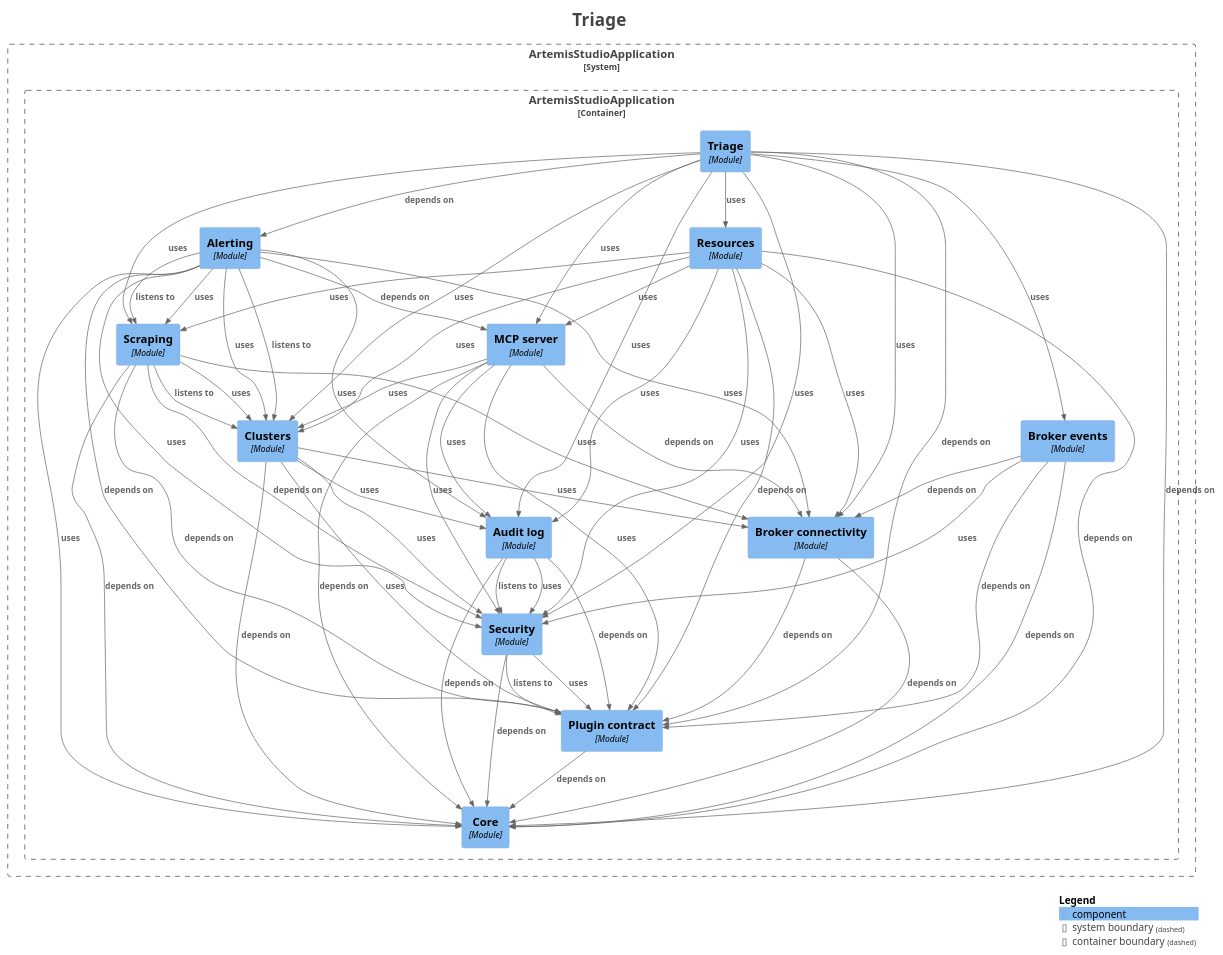
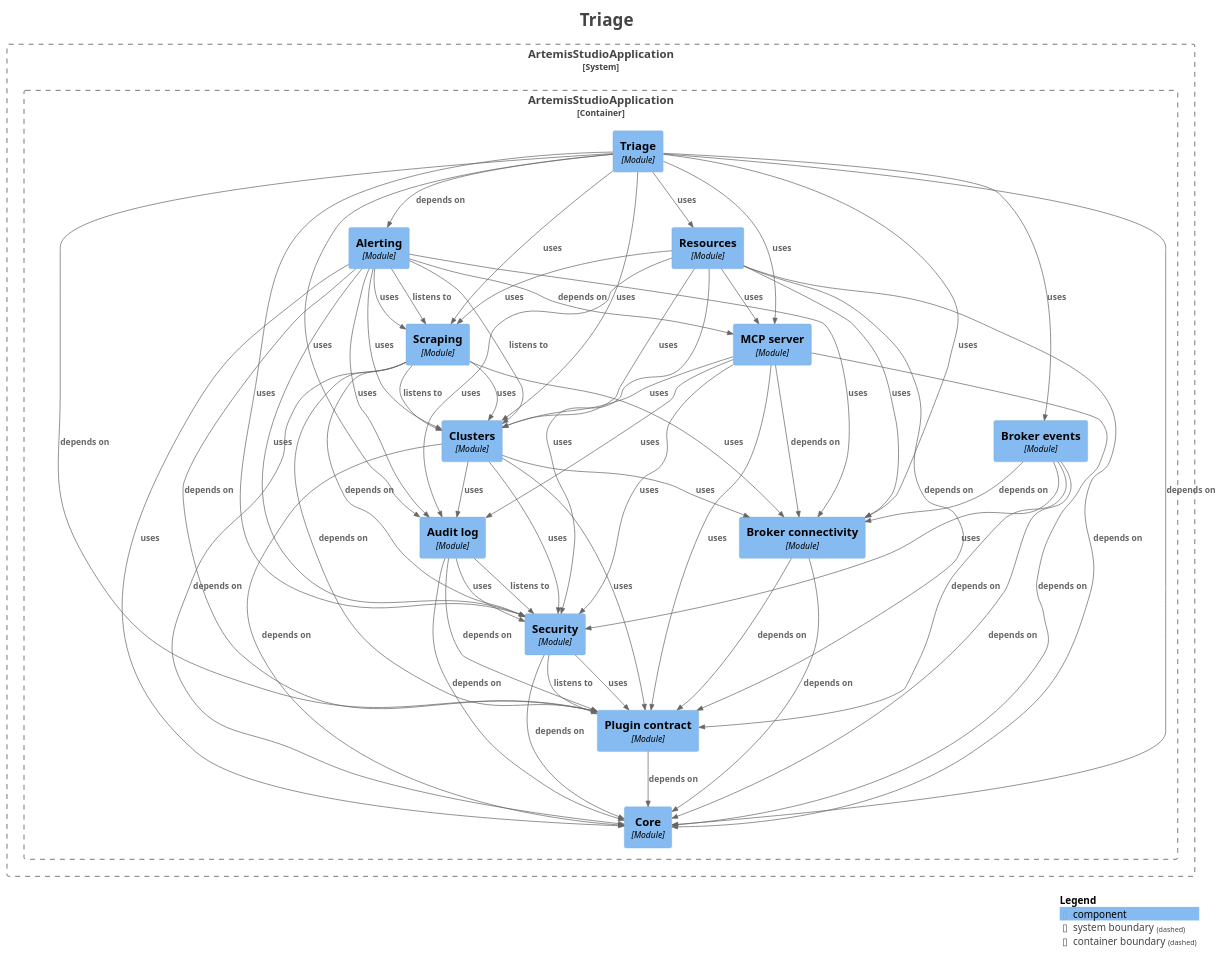
Before and after one commit to sudoitir/artemis-studio: the diagram in docs/modules/module-feature.triage.puml, drawn with PlantUML. The commit also changed other lines of this file and 33 other files, not shown here.

First line of the commit message:
test(architecture): sort module diagram components so diagrams change only with the graph

```diff
--- a/docs/modules/module-feature.triage.puml
+++ b/docs/modules/module-feature.triage.puml
@@ -1,99 +1,99 @@
 @startuml
 title <size:24>Triage</size>
 
 set separator none
 top to bottom direction
 
 <style>
   root {
     BackgroundColor: #ffffff
     FontColor: #444444
   }
 </style>
 
 !include <C4/C4>
 !include <C4/C4_Context>
 !include <C4/C4_Component>
 
 System_Boundary("ArtemisStudioApplication_boundary", "ArtemisStudioApplication", $tags="") {
   Container_Boundary("ArtemisStudioApplication.ArtemisStudioApplication_boundary", "ArtemisStudioApplication", $tags="") {
+    Component(ArtemisStudioApplication.ArtemisStudioApplication.Alerting, "Alerting", $techn="Module", $descr="", $tags="", $link="")
+    Component(ArtemisStudioApplication.ArtemisStudioApplication.Auditlog, "Audit log", $techn="Module", $descr="", $tags="", $link="")
     Component(ArtemisStudioApplication.ArtemisStudioApplication.Brokerconnectivity, "Broker connectivity", $techn="Module", $descr="", $tags="", $link="")
+    Component(ArtemisStudioApplication.ArtemisStudioApplication.Brokerevents, "Broker events", $techn="Module", $descr="", $tags="", $link="")
     Component(ArtemisStudioApplication.ArtemisStudioApplication.Clusters, "Clusters", $techn="Module", $descr="", $tags="", $link="")
-    Component(ArtemisStudioApplication.ArtemisStudioApplication.Brokerevents, "Broker events", $techn="Module", $descr="", $tags="", $link="")
+    Component(ArtemisStudioApplication.ArtemisStudioApplication.Core, "Core", $techn="Module", $descr="", $tags="", $link="")
     Component(ArtemisStudioApplication.ArtemisStudioApplication.MCPserver, "MCP server", $techn="Module", $descr="", $tags="", $link="")
+    Component(ArtemisStudioApplication.ArtemisStudioApplication.Plugincontract, "Plugin contract", $techn="Module", $descr="", $tags="", $link="")
+    Component(ArtemisStudioApplication.ArtemisStudioApplication.Resources, "Resources", $techn="Module", $descr="", $tags="", $link="")
     Component(ArtemisStudioApplication.ArtemisStudioApplication.Scraping, "Scraping", $techn="Module", $descr="", $tags="", $link="")
-    Component(ArtemisStudioApplication.ArtemisStudioApplication.Alerting, "Alerting", $techn="Module", $descr="", $tags="", $link="")
-    Component(ArtemisStudioApplication.ArtemisStudioApplication.Resources, "Resources", $techn="Module", $descr="", $tags="", $link="")
-    Component(ArtemisStudioApplication.ArtemisStudioApplication.Core, "Core", $techn="Module", $descr="", $tags="", $link="")
+    Component(ArtemisStudioApplication.ArtemisStudioApplication.Security, "Security", $techn="Module", $descr="", $tags="", $link="")
     Component(ArtemisStudioApplication.ArtemisStudioApplication.Triage, "Triage", $techn="Module", $descr="", $tags="", $link="")
-    Component(ArtemisStudioApplication.ArtemisStudioApplication.Plugincontract, "Plugin contract", $techn="Module", $descr="", $tags="", $link="")
-    Component(ArtemisStudioApplication.ArtemisStudioApplication.Security, "Security", $techn="Module", $descr="", $tags="", $link="")
-    Component(ArtemisStudioApplication.ArtemisStudioApplication.Auditlog, "Audit log", $techn="Module", $descr="", $tags="", $link="")
   }
 
 }
 
 Rel(ArtemisStudioApplication.ArtemisStudioApplication.Alerting, ArtemisStudioApplication.ArtemisStudioApplication.Auditlog, "uses", $techn="", $tags="", $link="")
 Rel(ArtemisStudioApplication.ArtemisStudioApplication.Alerting, ArtemisStudioApplication.ArtemisStudioApplication.Brokerconnectivity, "uses", $techn="", $tags="", $link="")
 Rel(ArtemisStudioApplication.ArtemisStudioApplication.Alerting, ArtemisStudioApplication.ArtemisStudioApplication.Clusters, "listens to", $techn="", $tags="", $link="")
 Rel(ArtemisStudioApplication.ArtemisStudioApplication.Alerting, ArtemisStudioApplication.ArtemisStudioApplication.Clusters, "uses", $techn="", $tags="", $link="")
 Rel(ArtemisStudioApplication.ArtemisStudioApplication.Alerting, ArtemisStudioApplication.ArtemisStudioApplication.Core, "uses", $techn="", $tags="", $link="")
 Rel(ArtemisStudioApplication.ArtemisStudioApplication.Alerting, ArtemisStudioApplication.ArtemisStudioApplication.MCPserver, "depends on", $techn="", $tags="", $link="")
 Rel(ArtemisStudioApplication.ArtemisStudioApplication.Alerting, ArtemisStudioApplication.ArtemisStudioApplication.Plugincontract, "depends on", $techn="", $tags="", $link="")
 Rel(ArtemisStudioApplication.ArtemisStudioApplication.Alerting, ArtemisStudioApplication.ArtemisStudioApplication.Scraping, "listens to", $techn="", $tags="", $link="")
 Rel(ArtemisStudioApplication.ArtemisStudioApplication.Alerting, ArtemisStudioApplication.ArtemisStudioApplication.Scraping, "uses", $techn="", $tags="", $link="")
 Rel(ArtemisStudioApplication.ArtemisStudioApplication.Alerting, ArtemisStudioApplication.ArtemisStudioApplication.Security, "uses", $techn="", $tags="", $link="")
 Rel(ArtemisStudioApplication.ArtemisStudioApplication.Auditlog, ArtemisStudioApplication.ArtemisStudioApplication.Core, "depends on", $techn="", $tags="", $link="")
 Rel(ArtemisStudioApplication.ArtemisStudioApplication.Auditlog, ArtemisStudioApplication.ArtemisStudioApplication.Plugincontract, "depends on", $techn="", $tags="", $link="")
 Rel(ArtemisStudioApplication.ArtemisStudioApplication.Auditlog, ArtemisStudioApplication.ArtemisStudioApplication.Security, "listens to", $techn="", $tags="", $link="")
 Rel(ArtemisStudioApplication.ArtemisStudioApplication.Auditlog, ArtemisStudioApplication.ArtemisStudioApplication.Security, "uses", $techn="", $tags="", $link="")
 Rel(ArtemisStudioApplication.ArtemisStudioApplication.Brokerconnectivity, ArtemisStudioApplication.ArtemisStudioApplication.Core, "depends on", $techn="", $tags="", $link="")
 Rel(ArtemisStudioApplication.ArtemisStudioApplication.Brokerconnectivity, ArtemisStudioApplication.ArtemisStudioApplication.Plugincontract, "depends on", $techn="", $tags="", $link="")
 Rel(ArtemisStudioApplication.ArtemisStudioApplication.Brokerevents, ArtemisStudioApplication.ArtemisStudioApplication.Brokerconnectivity, "depends on", $techn="", $tags="", $link="")
 Rel(ArtemisStudioApplication.ArtemisStudioApplication.Brokerevents, ArtemisStudioApplication.ArtemisStudioApplication.Core, "depends on", $techn="", $tags="", $link="")
 Rel(ArtemisStudioApplication.ArtemisStudioApplication.Brokerevents, ArtemisStudioApplication.ArtemisStudioApplication.Plugincontract, "depends on", $techn="", $tags="", $link="")
 Rel(ArtemisStudioApplication.ArtemisStudioApplication.Brokerevents, ArtemisStudioApplication.ArtemisStudioApplication.Security, "uses", $techn="", $tags="", $link="")
 Rel(ArtemisStudioApplication.ArtemisStudioApplication.Clusters, ArtemisStudioApplication.ArtemisStudioApplication.Auditlog, "uses", $techn="", $tags="", $link="")
 Rel(ArtemisStudioApplication.ArtemisStudioApplication.Clusters, ArtemisStudioApplication.ArtemisStudioApplication.Brokerconnectivity, "uses", $techn="", $tags="", $link="")
 Rel(ArtemisStudioApplication.ArtemisStudioApplication.Clusters, ArtemisStudioApplication.ArtemisStudioApplication.Core, "depends on", $techn="", $tags="", $link="")
 Rel(ArtemisStudioApplication.ArtemisStudioApplication.Clusters, ArtemisStudioApplication.ArtemisStudioApplication.Plugincontract, "uses", $techn="", $tags="", $link="")
 Rel(ArtemisStudioApplication.ArtemisStudioApplication.Clusters, ArtemisStudioApplication.ArtemisStudioApplication.Security, "uses", $techn="", $tags="", $link="")
 Rel(ArtemisStudioApplication.ArtemisStudioApplication.MCPserver, ArtemisStudioApplication.ArtemisStudioApplication.Auditlog, "uses", $techn="", $tags="", $link="")
 Rel(ArtemisStudioApplication.ArtemisStudioApplication.MCPserver, ArtemisStudioApplication.ArtemisStudioApplication.Brokerconnectivity, "depends on", $techn="", $tags="", $link="")
 Rel(ArtemisStudioApplication.ArtemisStudioApplication.MCPserver, ArtemisStudioApplication.ArtemisStudioApplication.Clusters, "uses", $techn="", $tags="", $link="")
 Rel(ArtemisStudioApplication.ArtemisStudioApplication.MCPserver, ArtemisStudioApplication.ArtemisStudioApplication.Core, "depends on", $techn="", $tags="", $link="")
 Rel(ArtemisStudioApplication.ArtemisStudioApplication.MCPserver, ArtemisStudioApplication.ArtemisStudioApplication.Plugincontract, "uses", $techn="", $tags="", $link="")
 Rel(ArtemisStudioApplication.ArtemisStudioApplication.MCPserver, ArtemisStudioApplication.ArtemisStudioApplication.Security, "uses", $techn="", $tags="", $link="")
 Rel(ArtemisStudioApplication.ArtemisStudioApplication.Plugincontract, ArtemisStudioApplication.ArtemisStudioApplication.Core, "depends on", $techn="", $tags="", $link="")
 Rel(ArtemisStudioApplication.ArtemisStudioApplication.Resources, ArtemisStudioApplication.ArtemisStudioApplication.Auditlog, "uses", $techn="", $tags="", $link="")
 Rel(ArtemisStudioApplication.ArtemisStudioApplication.Resources, ArtemisStudioApplication.ArtemisStudioApplication.Brokerconnectivity, "uses", $techn="", $tags="", $link="")
 Rel(ArtemisStudioApplication.ArtemisStudioApplication.Resources, ArtemisStudioApplication.ArtemisStudioApplication.Clusters, "uses", $techn="", $tags="", $link="")
 Rel(ArtemisStudioApplication.ArtemisStudioApplication.Resources, ArtemisStudioApplication.ArtemisStudioApplication.Core, "depends on", $techn="", $tags="", $link="")
 Rel(ArtemisStudioApplication.ArtemisStudioApplication.Resources, ArtemisStudioApplication.ArtemisStudioApplication.MCPserver, "uses", $techn="", $tags="", $link="")
 Rel(ArtemisStudioApplication.ArtemisStudioApplication.Resources, ArtemisStudioApplication.ArtemisStudioApplication.Plugincontract, "depends on", $techn="", $tags="", $link="")
 Rel(ArtemisStudioApplication.ArtemisStudioApplication.Resources, ArtemisStudioApplication.ArtemisStudioApplication.Scraping, "uses", $techn="", $tags="", $link="")
 Rel(ArtemisStudioApplication.ArtemisStudioApplication.Resources, ArtemisStudioApplication.ArtemisStudioApplication.Security, "uses", $techn="", $tags="", $link="")
 Rel(ArtemisStudioApplication.ArtemisStudioApplication.Scraping, ArtemisStudioApplication.ArtemisStudioApplication.Brokerconnectivity, "uses", $techn="", $tags="", $link="")
 Rel(ArtemisStudioApplication.ArtemisStudioApplication.Scraping, ArtemisStudioApplication.ArtemisStudioApplication.Clusters, "listens to", $techn="", $tags="", $link="")
 Rel(ArtemisStudioApplication.ArtemisStudioApplication.Scraping, ArtemisStudioApplication.ArtemisStudioApplication.Clusters, "uses", $techn="", $tags="", $link="")
 Rel(ArtemisStudioApplication.ArtemisStudioApplication.Scraping, ArtemisStudioApplication.ArtemisStudioApplication.Core, "depends on", $techn="", $tags="", $link="")
 Rel(ArtemisStudioApplication.ArtemisStudioApplication.Scraping, ArtemisStudioApplication.ArtemisStudioApplication.Plugincontract, "depends on", $techn="", $tags="", $link="")
 Rel(ArtemisStudioApplication.ArtemisStudioApplication.Scraping, ArtemisStudioApplication.ArtemisStudioApplication.Security, "depends on", $techn="", $tags="", $link="")
 Rel(ArtemisStudioApplication.ArtemisStudioApplication.Security, ArtemisStudioApplication.ArtemisStudioApplication.Core, "depends on", $techn="", $tags="", $link="")
 Rel(ArtemisStudioApplication.ArtemisStudioApplication.Security, ArtemisStudioApplication.ArtemisStudioApplication.Plugincontract, "listens to", $techn="", $tags="", $link="")
 Rel(ArtemisStudioApplication.ArtemisStudioApplication.Security, ArtemisStudioApplication.ArtemisStudioApplication.Plugincontract, "uses", $techn="", $tags="", $link="")
 Rel(ArtemisStudioApplication.ArtemisStudioApplication.Triage, ArtemisStudioApplication.ArtemisStudioApplication.Alerting, "depends on", $techn="", $tags="", $link="")
 Rel(ArtemisStudioApplication.ArtemisStudioApplication.Triage, ArtemisStudioApplication.ArtemisStudioApplication.Auditlog, "uses", $techn="", $tags="", $link="")
 Rel(ArtemisStudioApplication.ArtemisStudioApplication.Triage, ArtemisStudioApplication.ArtemisStudioApplication.Brokerconnectivity, "uses", $techn="", $tags="", $link="")
 Rel(ArtemisStudioApplication.ArtemisStudioApplication.Triage, ArtemisStudioApplication.ArtemisStudioApplication.Brokerevents, "uses", $techn="", $tags="", $link="")
 Rel(ArtemisStudioApplication.ArtemisStudioApplication.Triage, ArtemisStudioApplication.ArtemisStudioApplication.Clusters, "uses", $techn="", $tags="", $link="")
 Rel(ArtemisStudioApplication.ArtemisStudioApplication.Triage, ArtemisStudioApplication.ArtemisStudioApplication.Core, "depends on", $techn="", $tags="", $link="")
 Rel(ArtemisStudioApplication.ArtemisStudioApplication.Triage, ArtemisStudioApplication.ArtemisStudioApplication.MCPserver, "uses", $techn="", $tags="", $link="")
 Rel(ArtemisStudioApplication.ArtemisStudioApplication.Triage, ArtemisStudioApplication.ArtemisStudioApplication.Plugincontract, "depends on", $techn="", $tags="", $link="")
 Rel(ArtemisStudioApplication.ArtemisStudioApplication.Triage, ArtemisStudioApplication.ArtemisStudioApplication.Resources, "uses", $techn="", $tags="", $link="")
 Rel(ArtemisStudioApplication.ArtemisStudioApplication.Triage, ArtemisStudioApplication.ArtemisStudioApplication.Scraping, "uses", $techn="", $tags="", $link="")
 Rel(ArtemisStudioApplication.ArtemisStudioApplication.Triage, ArtemisStudioApplication.ArtemisStudioApplication.Security, "uses", $techn="", $tags="", $link="")
 
 SHOW_LEGEND(true)
 hide stereotypes
 @enduml
```
